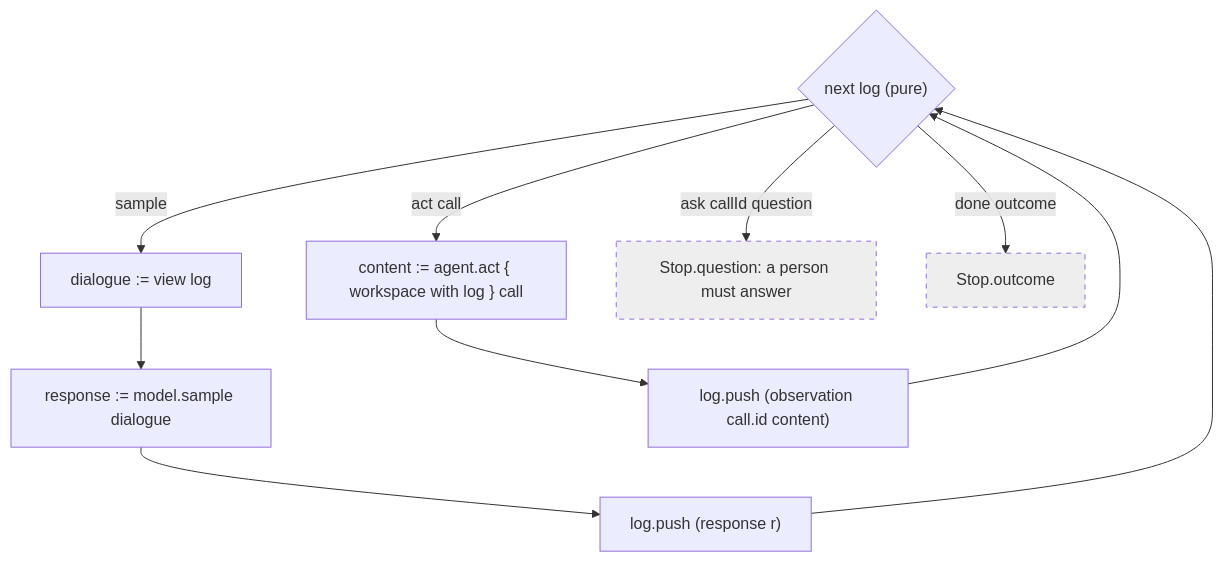
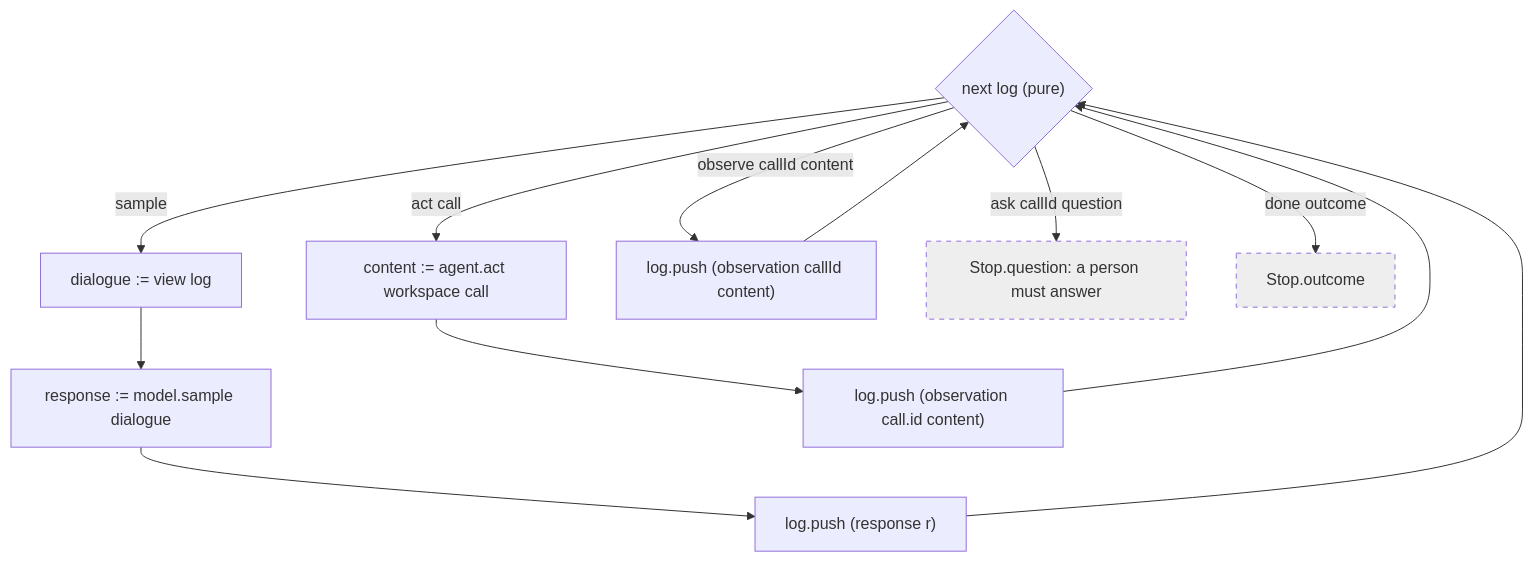
One commit to pku-xht/alaya changed the third of 3 diagrams in docs/agent-api.md. Above: the diagram before and after it, drawn with Mermaid. The commit also changed other lines of this file and 22 other files, not shown here.

````diff
--- a/docs/agent-api.md
+++ b/docs/agent-api.md
@@ -179,19 +176,22 @@
 ```mermaid
 flowchart TD
   NEXT{"next log (pure)"}
 
   NEXT -->|sample| S1["dialogue := view log"]
   S1 --> S2["response := model.sample dialogue"]
   S2 --> S3["log.push (response r)"]
   S3 --> NEXT
 
-  NEXT -->|"act call"| A1["content := agent.act { workspace with log } call"]
+  NEXT -->|"act call"| A1["content := agent.act workspace call"]
   A1 --> A2["log.push (observation call.id content)"]
   A2 --> NEXT
+
+  NEXT -->|"observe callId content"| O1["log.push (observation callId content)"]
+  O1 --> NEXT
 
   NEXT -->|"ask callId question"| SU["Stop.question: a person must answer"]
   NEXT -->|"done outcome"| DO["Stop.outcome"]
 
   classDef terminal fill:#eee,stroke-dasharray: 5 5
   class SU,DO terminal
 ```
````
